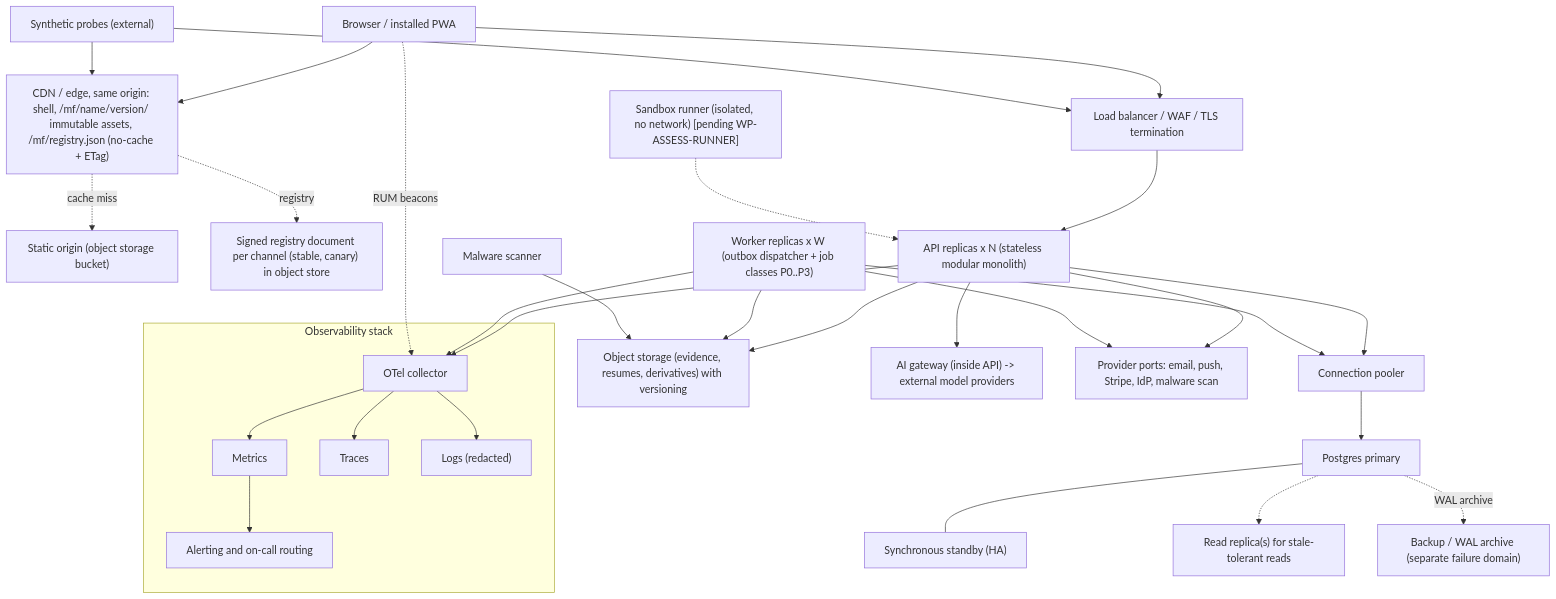
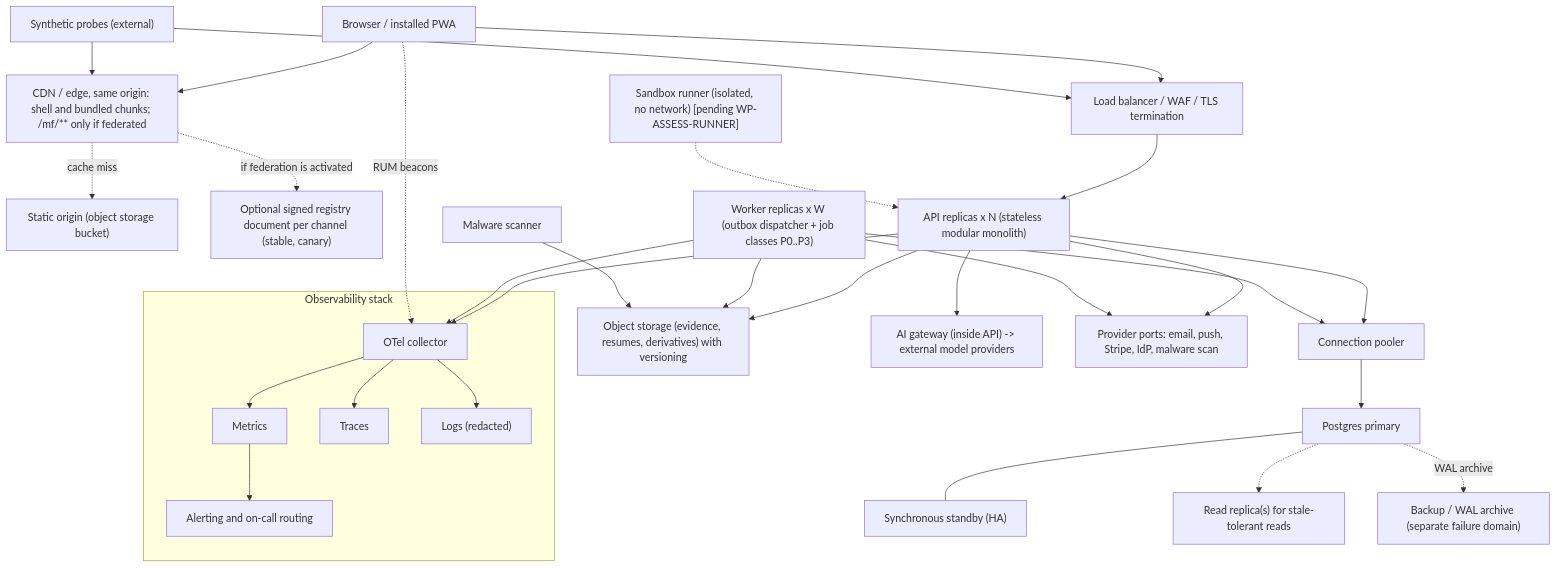
One commit to yhsomani/talentsphere-complete changed the diagram in Yash_Final_Project_Document/17_DEVOPS_AND_INFRASTRUCTURE/DEPLOYMENT_ARCHITECTURE.md. Above: the diagram before and after it, drawn with Mermaid. The commit also changed other lines of this file and 98 other files, not shown here.

````diff
--- a/Yash_Final_Project_Document/17_DEVOPS_AND_INFRASTRUCTURE/DEPLOYMENT_ARCHITECTURE.md
+++ b/Yash_Final_Project_Document/17_DEVOPS_AND_INFRASTRUCTURE/DEPLOYMENT_ARCHITECTURE.md
@@ -9,32 +9,32 @@
 ```mermaid
 flowchart TB
-  user["Browser / installed PWA"] --> cdn["CDN / edge, same origin: shell, /mf/name/version/ immutable assets, /mf/registry.json (no-cache + ETag)"]
+  user["Browser / installed PWA"] --> cdn["CDN / edge, same origin: shell and bundled chunks; /mf/** only if federated"]
   user --> lb["Load balancer / WAF / TLS termination"]
   cdn -. cache miss .-> assets["Static origin (object storage bucket)"]
-  cdn -. registry .-> reg["Signed registry document per channel (stable, canary) in object store"]
+  cdn -. if federation is activated .-> reg["Optional signed registry document per channel (stable, canary)"]
   lb --> api["API replicas x N (stateless modular monolith)"]
   api --> pool["Connection pooler"]
   pool --> pg["Postgres primary"]
   pg --- pgr["Synchronous standby (HA)"]
   pg -.-> rr["Read replica(s) for stale-tolerant reads"]
   pg -. WAL archive .-> arch["Backup / WAL archive (separate failure domain)"]
   api --> obj["Object storage (evidence, resumes, derivatives) with versioning"]
   api --> ai["AI gateway (inside API) -> external model providers"]
   api --> ext["Provider ports: email, push, Stripe, IdP, malware scan"]
   worker["Worker replicas x W (outbox dispatcher + job classes P0..P3)"] --> pool
   worker --> obj
   worker --> ext
   scan["Malware scanner"] --> obj
   runner["Sandbox runner (isolated, no network) [pending WP-ASSESS-RUNNER]"] -.-> api
   subgraph obs["Observability stack"]
     otel["OTel collector"] --> tsdb["Metrics"]
     otel --> traces["Traces"]
     otel --> logs["Logs (redacted)"]
     tsdb --> alerts["Alerting and on-call routing"]
   end
   api --> otel
   worker --> otel
   user -. RUM beacons .-> otel
   synth["Synthetic probes (external)"] --> cdn
   synth --> lb
 ```
````
